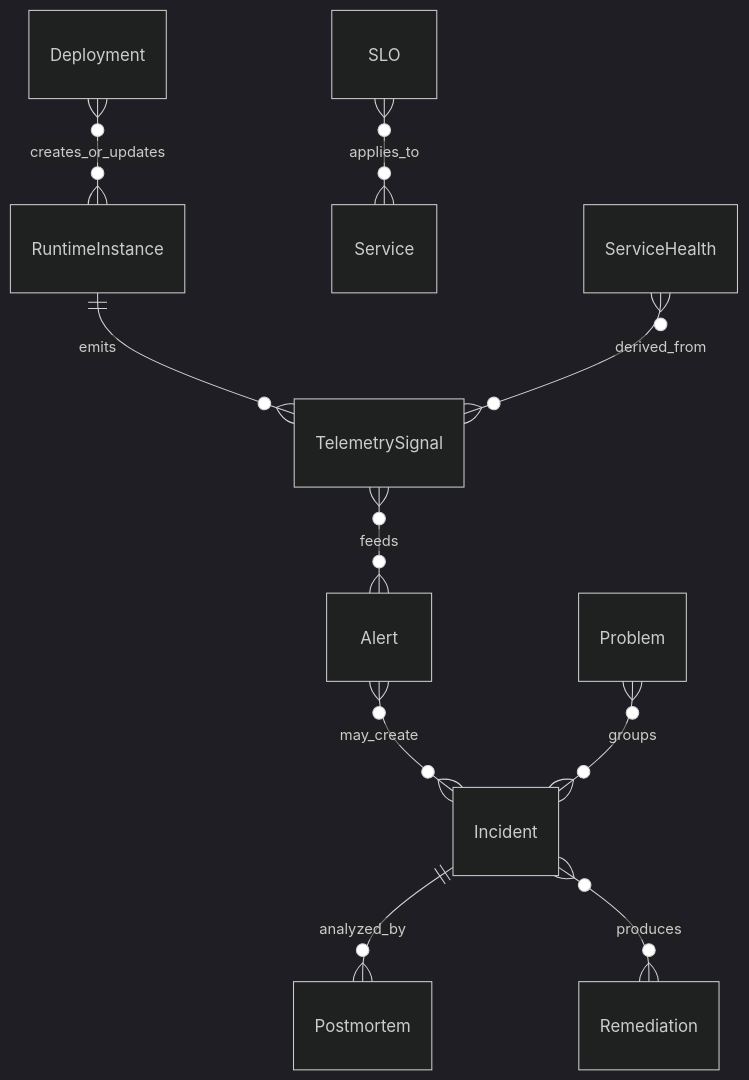
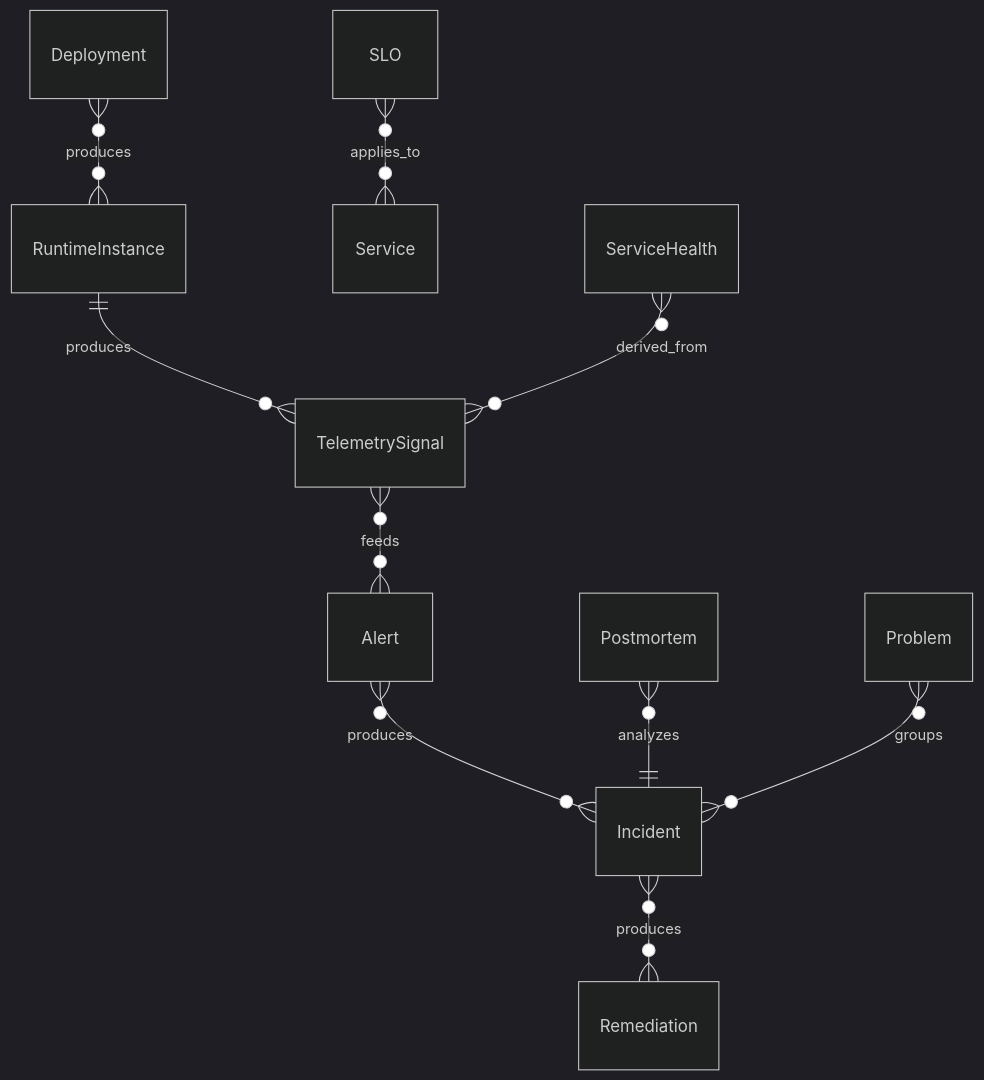
The ninth of 12 diagrams in SOFTWARE_ORGANIZATION_DOMAIN_MODEL.md (maxvydrin/vision), drawn with Mermaid (dark theme) before and after one commit. The commit also changed other lines of this file and 3 other files, not shown here.

````diff
--- a/SOFTWARE_ORGANIZATION_DOMAIN_MODEL.md
+++ b/SOFTWARE_ORGANIZATION_DOMAIN_MODEL.md
@@ -602,12 +640,12 @@
 ```mermaid
 erDiagram
-    Deployment }o--o{ RuntimeInstance : "creates_or_updates"
-    RuntimeInstance ||--o{ TelemetrySignal : "emits"
+    Deployment }o--o{ RuntimeInstance : "produces"
+    RuntimeInstance ||--o{ TelemetrySignal : "produces"
     TelemetrySignal }o--o{ Alert : "feeds"
-    Alert }o--o{ Incident : "may_create"
-    Incident ||--o{ Postmortem : "analyzed_by"
+    Alert }o--o{ Incident : "produces"
+    Postmortem }o--|| Incident : "analyzes"
     Incident }o--o{ Remediation : "produces"
     Problem }o--o{ Incident : "groups"
     SLO }o--o{ Service : "applies_to"
     ServiceHealth }o--o{ TelemetrySignal : "derived_from"
 ```
````
